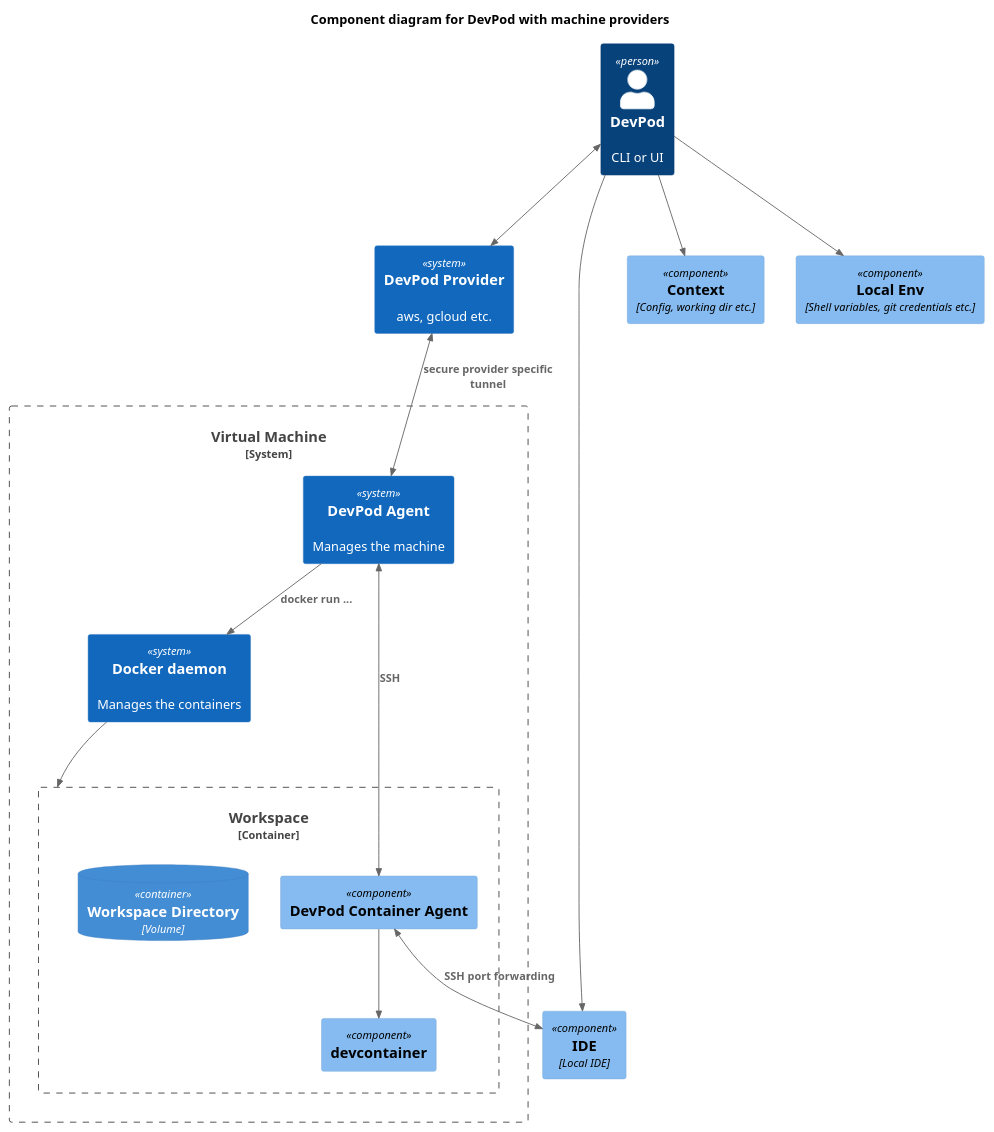
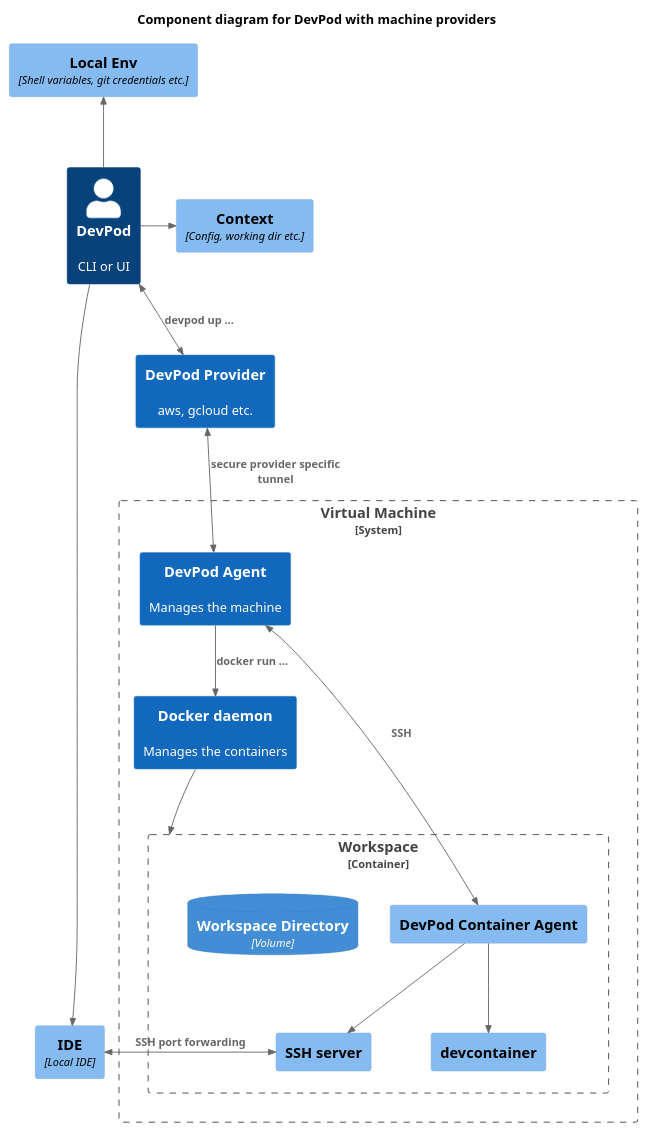
Before and after one commit to loft-sh/devpod: the diagram in docs/uml/c4_component_machine.puml, drawn with PlantUML. The commit also changed 2 other files, not shown here.

```diff
--- a/docs/uml/c4_component_machine.puml
+++ b/docs/uml/c4_component_machine.puml
@@ -1,34 +1,39 @@
 @startuml
 !include https://raw.githubusercontent.com/plantuml-stdlib/C4-PlantUML/master/C4_Component.puml
 ' uncomment the following line and comment the first to use locally
 ' !include C4_Component.puml
+
+HIDE_STEREOTYPE()
+LAYOUT_TOP_DOWN()
 
 title Component diagram for DevPod with machine providers
 
 Person(user, "DevPod", "CLI or UI")
 System(prov, "DevPod Provider", "aws, gcloud etc.")
 Component(ide, "IDE", "Local IDE")
 Component(ctx, "Context", "Config, working dir etc.")
 Component(env, "Local Env", "Shell variables, git credentials etc.")
 
 System_Boundary(cluster, "Virtual Machine") {
   System(controlPlane, "DevPod Agent", "Manages the machine")
   System(dockerd, "Docker daemon", "Manages the containers")
   Container_Boundary(ws, "Workspace") {
     Component(runner, "devcontainer", "")
     Component(agent, "DevPod Container Agent", "")
+    Component(ssh, "SSH server", "")
     ContainerDb(dir, "Workspace Directory", "Volume", "")
   }
 }
 
-BiRel(user, prov, "")
+BiRel(user, prov, "devpod up ...")
 BiRel(prov, controlPlane, "secure provider specific tunnel")
 Rel(controlPlane, dockerd, "docker run ...")
 Rel(dockerd, ws, " ")
+Rel(agent, ssh, " ")
 Rel(agent, runner, " ")
-BiRel(agent, ide, "SSH port forwarding")
+BiRel_Right(ide, ssh, "SSH port forwarding")
 Rel(user, ide, " ")
-Rel(user, ctx, " ")
-Rel(user, env, " ")
-BiRel(controlPlane, agent, "SSH")
+Rel_Right(user, ctx, " ")
+Rel_Up(user, env, " ")
+BiRel(controlPlane, agent, " SSH")
 @enduml
```
